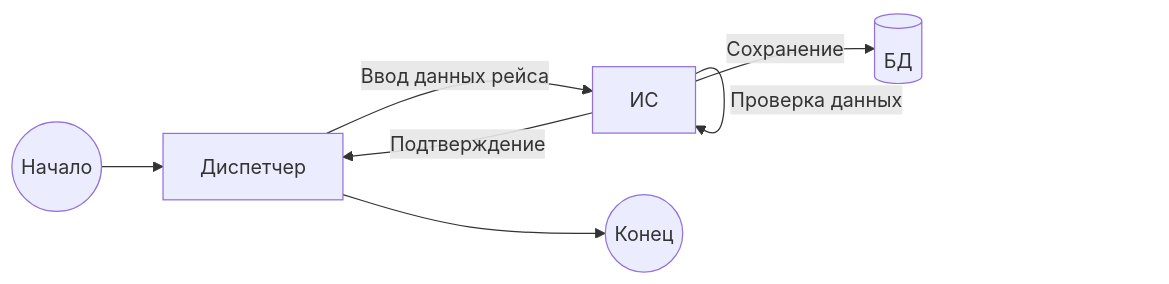
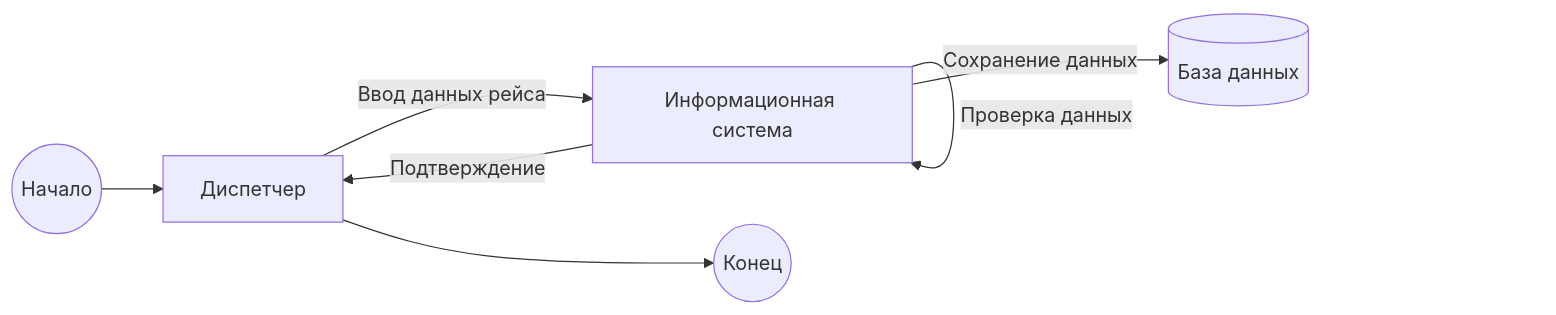
Before and after one commit to kirill483/ep: the fifth of 7 diagrams in README.md, drawn with Mermaid. The commit also changed other lines of this file, not shown here.

````diff
--- a/README.md
+++ b/README.md
@@ -158,15 +150,15 @@
 ```mermaid
 flowchart LR
     Start((Начало))
     Dispatcher[Диспетчер]
-    System[ИС]
-    DB[(БД)]
+    System[Информационная система]
+    DB[(База данных)]
     End((Конец))
 
     Start --> Dispatcher
     Dispatcher -->|Ввод данных рейса| System
     System -->|Проверка данных| System
-    System -->|Сохранение| DB
+    System -->|Сохранение данных| DB
     System -->|Подтверждение| Dispatcher
     Dispatcher --> End
 ```
````
